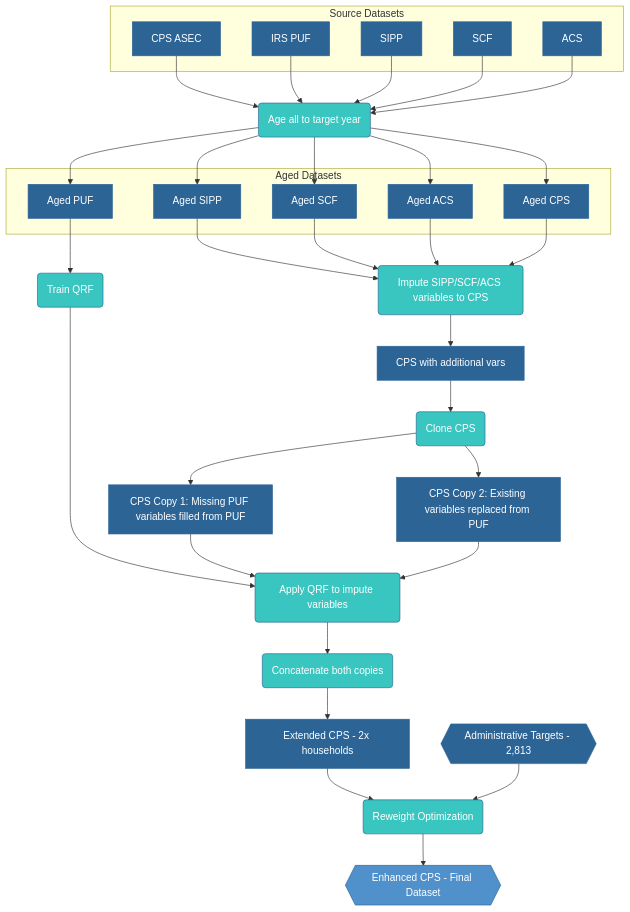
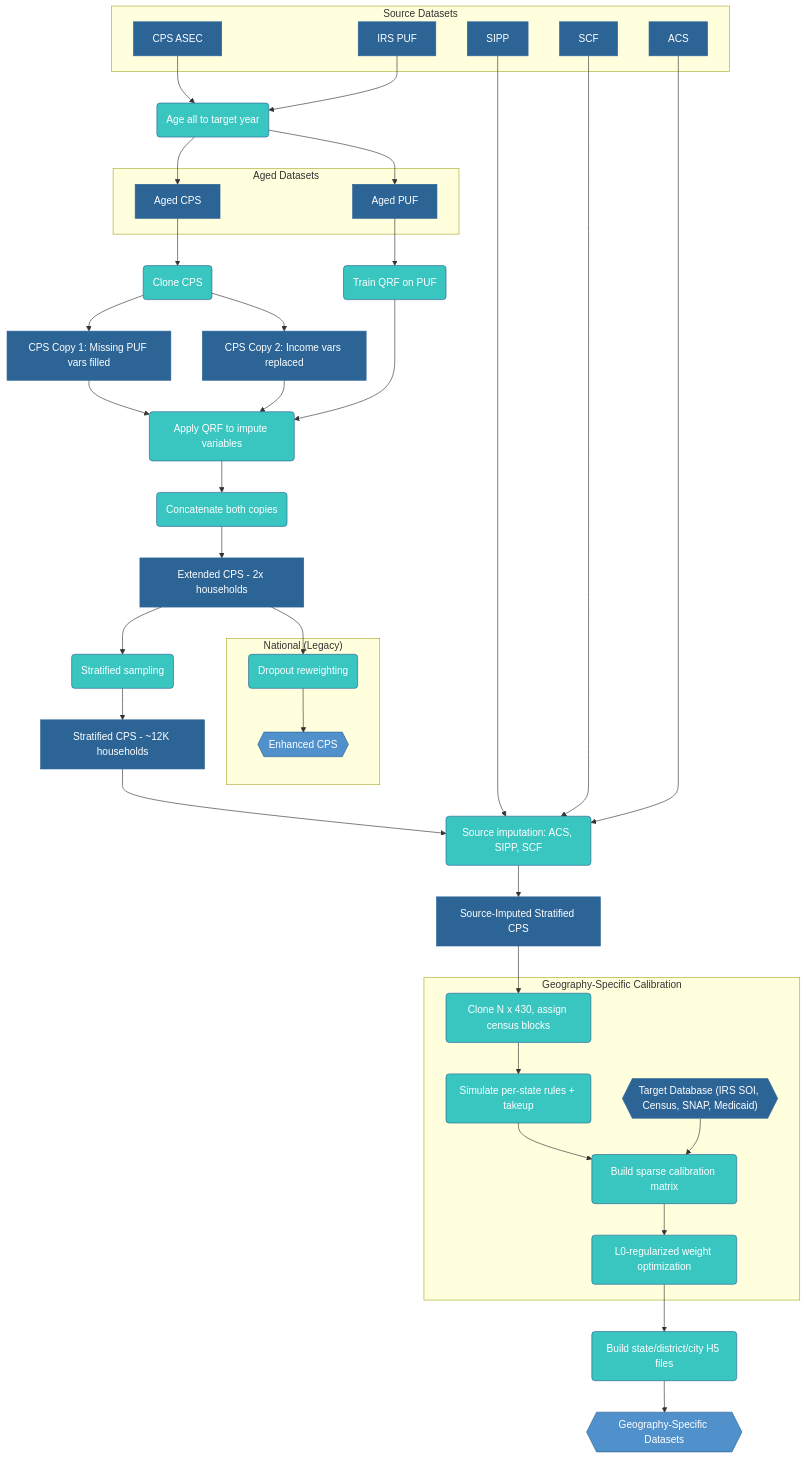
One commit to PolicyEngine/policyengine-us-data changed the diagram in docs/methodology.md. Above: the diagram before and after it, drawn with Mermaid. The commit also changed other lines of this file and 5 other files, not shown here.

```diff
--- a/docs/methodology.md
+++ b/docs/methodology.md
@@ -11,73 +11,85 @@
         SCF["SCF"]:::data
         ACS["ACS"]:::data
     end
-    
+
     Age("Age all to target year"):::process
-    
+
     subgraph aged["Aged Datasets"]
         AgedCPS["Aged CPS"]:::data
         AgedPUF["Aged PUF"]:::data
-        AgedSIPP["Aged SIPP"]:::data
-        AgedSCF["Aged SCF"]:::data
-        AgedACS["Aged ACS"]:::data
     end
-    
-    ImpOther("Impute SIPP/SCF/ACS variables to CPS"):::process
-    UpdatedCPS["CPS with additional vars"]:::data
-    
+
     Clone("Clone CPS"):::process
-    QRF("Train QRF"):::process
-    
-    Copy1["CPS Copy 1: Missing PUF variables filled from PUF"]:::data
-    Copy2["CPS Copy 2: Existing variables replaced from PUF"]:::data
-    
+    QRF("Train QRF on PUF"):::process
+
+    Copy1["CPS Copy 1: Missing PUF vars filled"]:::data
+    Copy2["CPS Copy 2: Income vars replaced"]:::data
+
     Impute("Apply QRF to impute variables"):::process
-    
     Concat("Concatenate both copies"):::process
-    
     Extended["Extended CPS - 2x households"]:::data
-    
-    Targets{{"Administrative Targets - 2,813"}}:::data
-    
-    Reweight("Reweight Optimization"):::process
-    
-    Enhanced{{"Enhanced CPS - Final Dataset"}}:::output
-    
+
+    Stratify("Stratified sampling"):::process
+    Stratified["Stratified CPS - ~12K households"]:::data
+
+    SourceImp("Source imputation: ACS, SIPP, SCF"):::process
+    SourceImputed["Source-Imputed Stratified CPS"]:::data
+
+    subgraph calib["Geography-Specific Calibration"]
+        GeoClone("Clone N x 430, assign census blocks"):::process
+        Simulate("Simulate per-state rules + takeup"):::process
+        Matrix("Build sparse calibration matrix"):::process
+        TargetDB{{"Target Database (IRS SOI, Census, SNAP, Medicaid)"}}:::data
+        L0("L0-regularized weight optimization"):::process
+    end
+
+    BuildH5("Build state/district/city H5 files"):::process
+    GeoDatasets{{"Geography-Specific Datasets"}}:::output
+
+    subgraph legacy["National (Legacy)"]
+        EnhReweight("Dropout reweighting"):::process
+        Enhanced{{"Enhanced CPS"}}:::output
+    end
+
     CPS --> Age
     PUF --> Age
-    SIPP --> Age
-    SCF --> Age
-    ACS --> Age
-    
+
     Age --> AgedCPS
     Age --> AgedPUF
-    Age --> AgedSIPP
-    Age --> AgedSCF
-    Age --> AgedACS
-    
-    AgedSIPP --> ImpOther
-    AgedSCF --> ImpOther
-    AgedACS --> ImpOther
-    AgedCPS --> ImpOther
+
+    AgedCPS --> Clone
     AgedPUF --> QRF
-    
-    ImpOther --> UpdatedCPS
-    UpdatedCPS --> Clone
-    
+
     Clone --> Copy1
     Clone --> Copy2
-    
+
     QRF --> Impute
     Copy1 --> Impute
     Copy2 --> Impute
-    
+
     Impute --> Concat
     Concat --> Extended
-    
-    Extended --> Reweight
-    Targets --> Reweight
-    Reweight --> Enhanced
-    
+
+    Extended --> Stratify
+    Stratify --> Stratified
+
+    SIPP --> SourceImp
+    SCF --> SourceImp
+    ACS --> SourceImp
+    Stratified --> SourceImp
+    SourceImp --> SourceImputed
+
+    SourceImputed --> GeoClone
+    GeoClone --> Simulate
+    Simulate --> Matrix
+    TargetDB --> Matrix
+    Matrix --> L0
+    L0 --> BuildH5
+    BuildH5 --> GeoDatasets
+
+    Extended --> EnhReweight
+    EnhReweight --> Enhanced
+
     classDef data fill:#2C6496,stroke:#2C6496,color:#FFFFFF
     classDef process fill:#39C6C0,stroke:#2C6496,color:#FFFFFF
     classDef output fill:#5091CC,stroke:#2C6496,color:#FFFFFF
```
